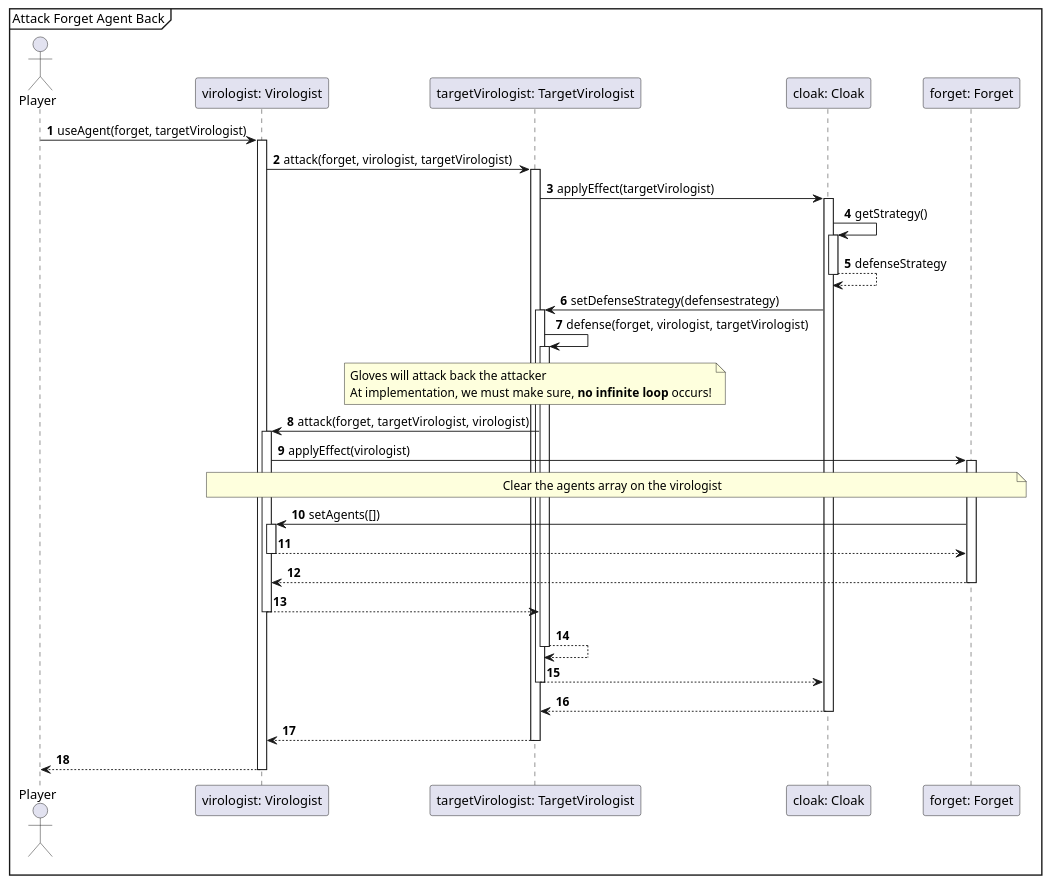
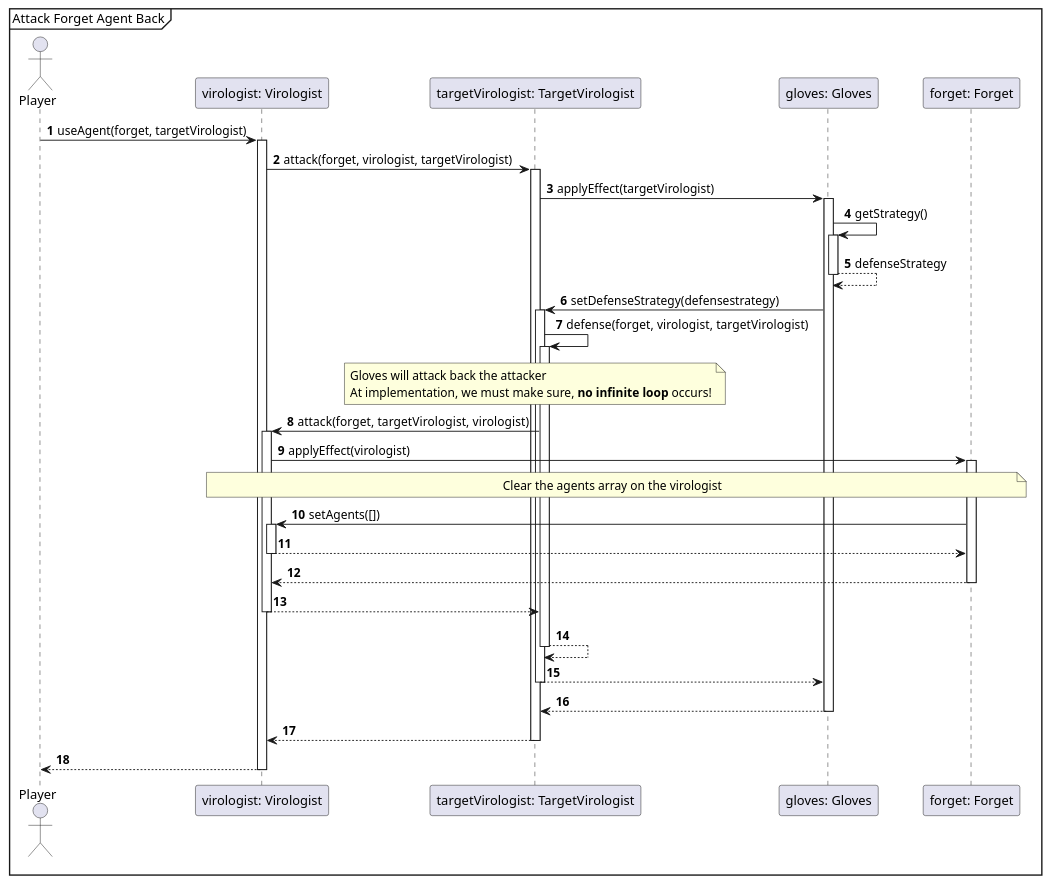
One commit to Projlab-csb/projlab-virologus changed the diagram in Exact Sequence-diagrams/AttackForgetAgentBACK.puml. Above: the diagram before and after it, drawn with PlantUML. The commit also changed 20 other files, not shown here.

Commit message:
Little changes in sequences

```diff
--- a/Exact Sequence-diagrams/AttackForgetAgentBACK.puml
+++ b/Exact Sequence-diagrams/AttackForgetAgentBACK.puml
@@ -1,48 +1,48 @@
 @startuml
 'https://plantuml.com/sequence-diagram
 
 autonumber
 
 mainframe Attack Forget Agent Back
 
 actor Player
 
 Player -> "virologist: Virologist"++: useAgent(forget, targetVirologist)
  "virologist: Virologist" -> "targetVirologist: TargetVirologist"++: attack(forget, virologist, targetVirologist)
 
- "targetVirologist: TargetVirologist" -> "cloak: Cloak" ++ : applyEffect(targetVirologist)
+ "targetVirologist: TargetVirologist" -> "gloves: Gloves" ++ : applyEffect(targetVirologist)
 
- "cloak: Cloak"  -> "cloak: Cloak" ++ : getStrategy()
- "cloak: Cloak"  --> "cloak: Cloak" -- : defenseStrategy
+ "gloves: Gloves"  -> "gloves: Gloves" ++ : getStrategy()
+ "gloves: Gloves"  --> "gloves: Gloves" -- : defenseStrategy
 
- "cloak: Cloak"  -> "targetVirologist: TargetVirologist"++: setDefenseStrategy(defensestrategy)
+ "gloves: Gloves"  -> "targetVirologist: TargetVirologist"++: setDefenseStrategy(defensestrategy)
 
 "targetVirologist: TargetVirologist" -> "targetVirologist: TargetVirologist"++: defense(forget, virologist,  targetVirologist)
 
 note over "targetVirologist: TargetVirologist"
     Gloves will attack back the attacker
     At implementation, we must make sure, **no infinite loop** occurs!
 end note
 
 "targetVirologist: TargetVirologist" -> "virologist: Virologist"++: attack(forget,  targetVirologist, virologist)
 "virologist: Virologist" -> "forget: Forget"++ : applyEffect(virologist)
 
     note over "virologist: Virologist", "forget: Forget"
     Clear the agents array on the virologist
     end note
 
     "forget: Forget" -> "virologist: Virologist"++ : setAgents([])
     "virologist: Virologist" --> "forget: Forget"--
     "forget: Forget" --> "virologist: Virologist"--
 "virologist: Virologist" --> "targetVirologist: TargetVirologist"--
 
 "targetVirologist: TargetVirologist" --> "targetVirologist: TargetVirologist" --
 
-"targetVirologist: TargetVirologist" --> "cloak: Cloak" --
-"cloak: Cloak" --> "targetVirologist: TargetVirologist" --
+"targetVirologist: TargetVirologist" --> "gloves: Gloves" --
+"gloves: Gloves" --> "targetVirologist: TargetVirologist" --
 
 
 "targetVirologist: TargetVirologist" --> "virologist: Virologist" --
 
 "virologist: Virologist" --> Player --
 @enduml
```
